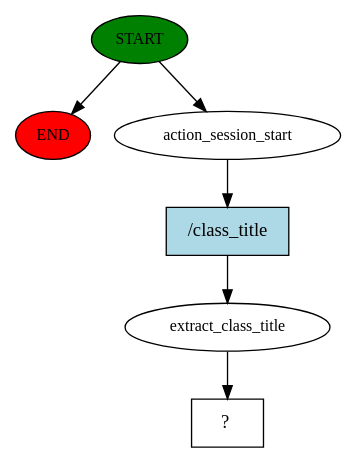
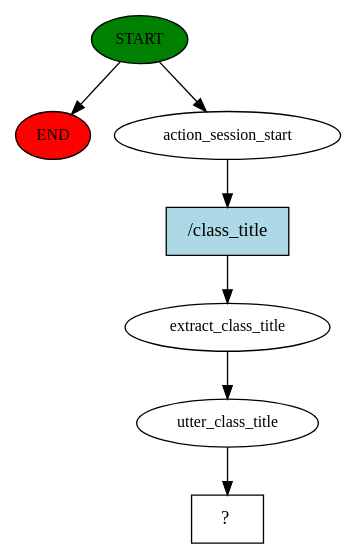
One commit to dailin7/chatbot changed the diagram in project/story_graph.dot. Above: the diagram before and after it, drawn with Graphviz. The commit also changed 725 other files, not shown here.

```diff
--- a/project/story_graph.dot
+++ b/project/story_graph.dot
@@ -1,13 +1,15 @@
 digraph  {
 0 [class="start active", fillcolor=green, fontsize=12, label=START, style=filled];
 "-1" [class=end, fillcolor=red, fontsize=12, label=END, style=filled];
 1 [class=active, fontsize=12, label=action_session_start];
 2 [class=active, fontsize=12, label=extract_class_title];
-3 [class="intent dashed active", label="  ?  ", shape=rect];
-4 [class="intent active", fillcolor=lightblue, label="/class_title", shape=rect, style=filled];
+3 [class=active, fontsize=12, label=utter_class_title];
+4 [class="intent dashed active", label="  ?  ", shape=rect];
+5 [class="intent active", fillcolor=lightblue, label="/class_title", shape=rect, style=filled];
 0 -> "-1"  [class="", key=NONE, label=""];
 0 -> 1  [class=active, key=NONE, label=""];
-1 -> 4  [class=active, key=0];
+1 -> 5  [class=active, key=0];
 2 -> 3  [class=active, key=NONE, label=""];
-4 -> 2  [class=active, key=0];
+3 -> 4  [class=active, key=NONE, label=""];
+5 -> 2  [class=active, key=0];
 }
```
